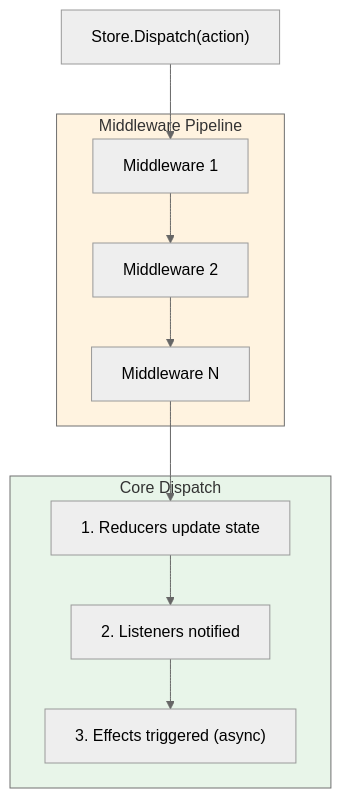
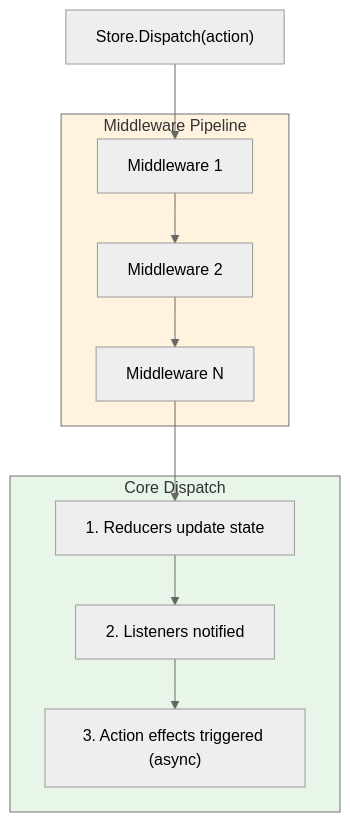
Before and after one commit to Gibbs-Morris/mississippi: the diagram in docs/Docusaurus/docs/reservoir/store.md, drawn with Mermaid (neutral theme). The commit also changed other lines of this file and 58 other files, not shown here.

````diff
--- a/docs/Docusaurus/docs/reservoir/store.md
+++ b/docs/Docusaurus/docs/reservoir/store.md
@@ -117,21 +117,21 @@
 ```mermaid
 flowchart TD
     Dispatch["Store.Dispatch(action)"]
     
     subgraph Middleware["Middleware Pipeline"]
         M1["Middleware 1"] --> M2["Middleware 2"] --> M3["Middleware N"]
     end
     
     subgraph Core["Core Dispatch"]
         Reducers["1. Reducers update state"]
         Listeners["2. Listeners notified"]
-        Effects["3. Effects triggered (async)"]
-        Reducers --> Listeners --> Effects
+        ActionEffects["3. Action effects triggered (async)"]
+        Reducers --> Listeners --> ActionEffects
     end
     
     Dispatch --> M1
     M3 --> Reducers
     
     style Middleware fill:#fff3e0
     style Core fill:#e8f5e9
 ```
````
